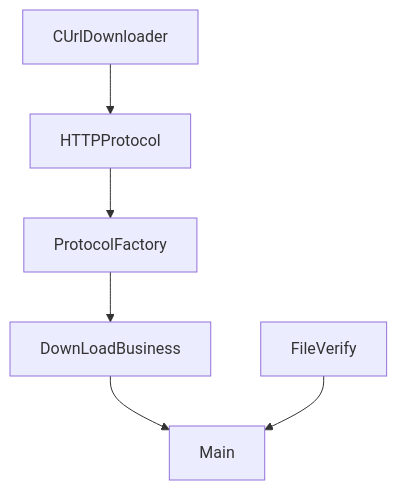
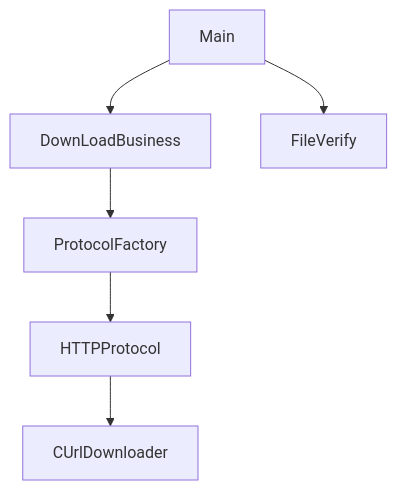
Before and after one commit to chengjzh/QuickDownloader: the diagram in README.md, drawn with Mermaid.

Commit message:
change the flow

````diff
--- a/README.md
+++ b/README.md
@@ -5,8 +5,8 @@
 ```mermaid
 graph TD;
-	DownLoadBusiness-->Main;
-	FileVerify-->Main;
-	ProtocolFactory-->DownLoadBusiness;
-	HTTPProtocol-->ProtocolFactory;
-	CUrlDownloader-->HTTPProtocol;
+	Main-->DownLoadBusiness;
+	Main-->FileVerify;
+	DownLoadBusiness-->ProtocolFactory;
+	ProtocolFactory-->HTTPProtocol;
+	HTTPProtocol-->CUrlDownloader;
 ```
````
